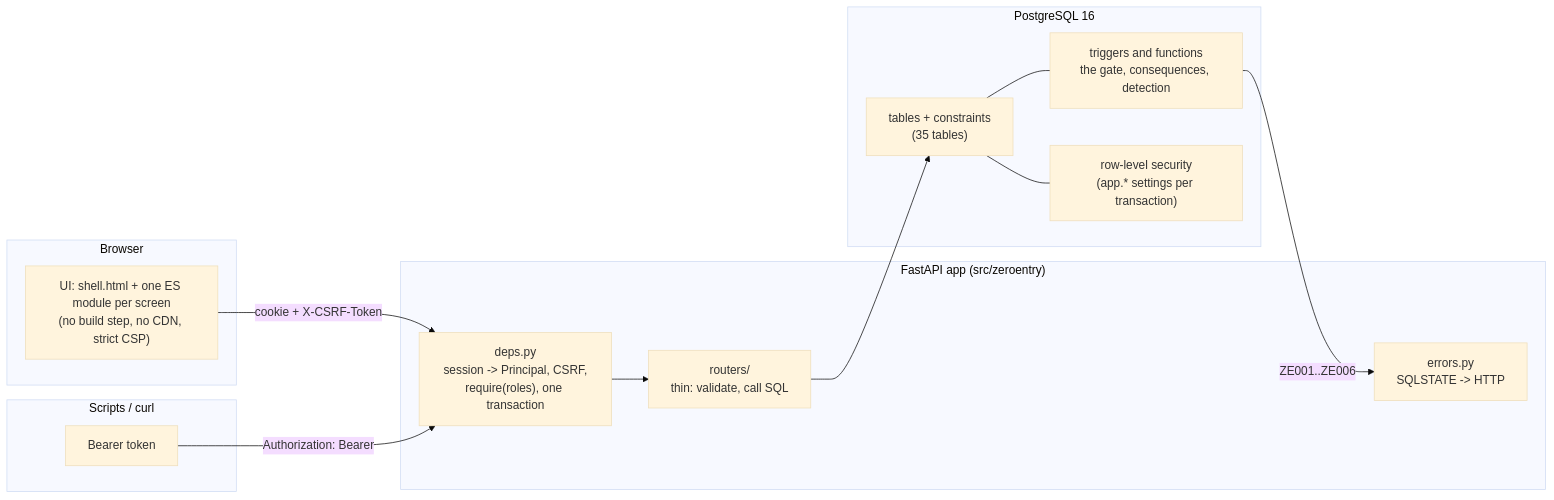
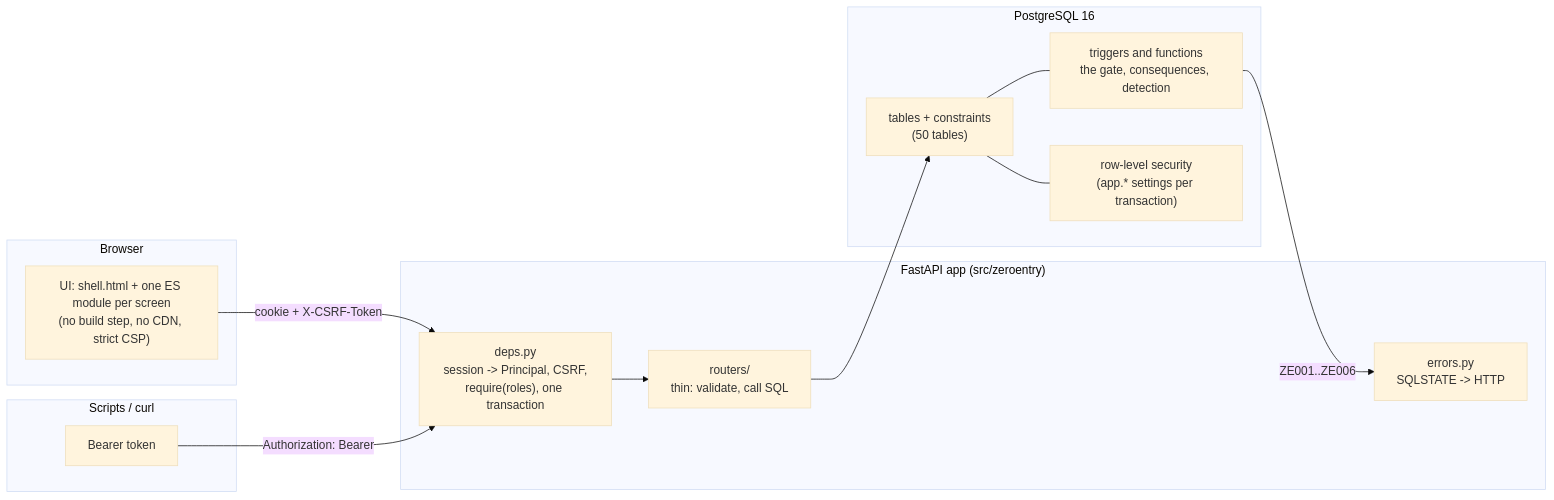
One commit to Vyas-Vis06/DBThon- changed the first of 2 diagrams in docs/ARCHITECTURE.md. Above: the diagram before and after it, drawn with Mermaid (base theme). The commit also changed 134 other files, not shown here.

````diff
--- a/docs/ARCHITECTURE.md
+++ b/docs/ARCHITECTURE.md
@@ -9,25 +9,25 @@
 ```mermaid
 flowchart LR
   subgraph Browser
     UI["UI: shell.html + one ES module per screen<br/>(no build step, no CDN, strict CSP)"]
   end
   subgraph Client["Scripts / curl"]
     CLI["Bearer token"]
   end
   subgraph App["FastAPI app (src/zeroentry)"]
     D["deps.py<br/>session -> Principal, CSRF,<br/>require(roles), one transaction"]
     R["routers/<br/>thin: validate, call SQL"]
     E["errors.py<br/>SQLSTATE -> HTTP"]
   end
   subgraph PG["PostgreSQL 16"]
-    S["tables + constraints<br/>(35 tables)"]
+    S["tables + constraints<br/>(50 tables)"]
     T["triggers and functions<br/>the gate, consequences, detection"]
     P["row-level security<br/>(app.* settings per transaction)"]
   end
   UI -- "cookie + X-CSRF-Token" --> D
   CLI -- "Authorization: Bearer" --> D
   D --> R --> S
   S --- T
   S --- P
   T -- "ZE001..ZE006" --> E
 ```
````
